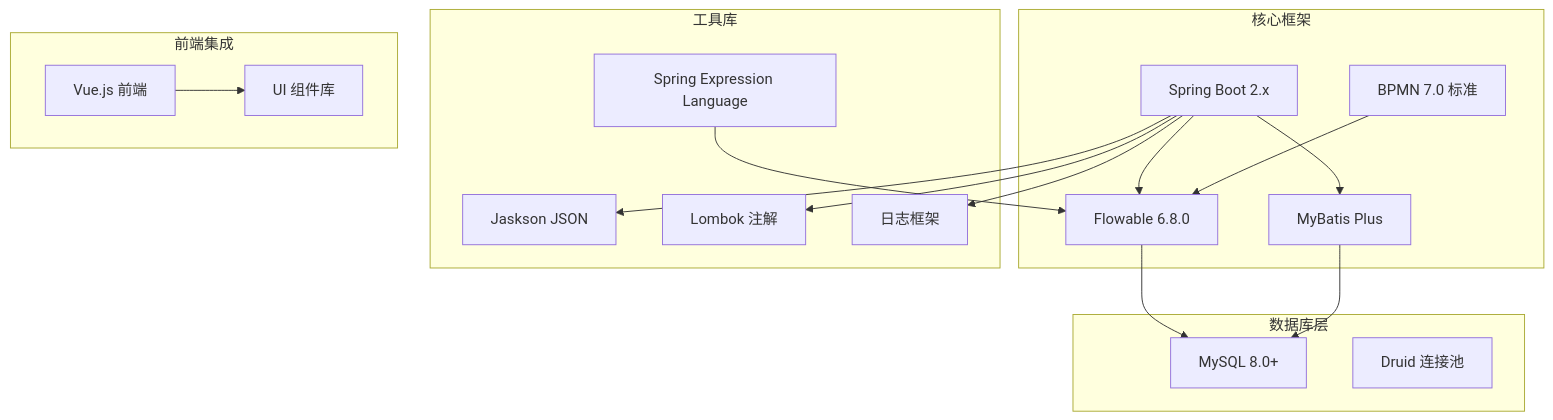
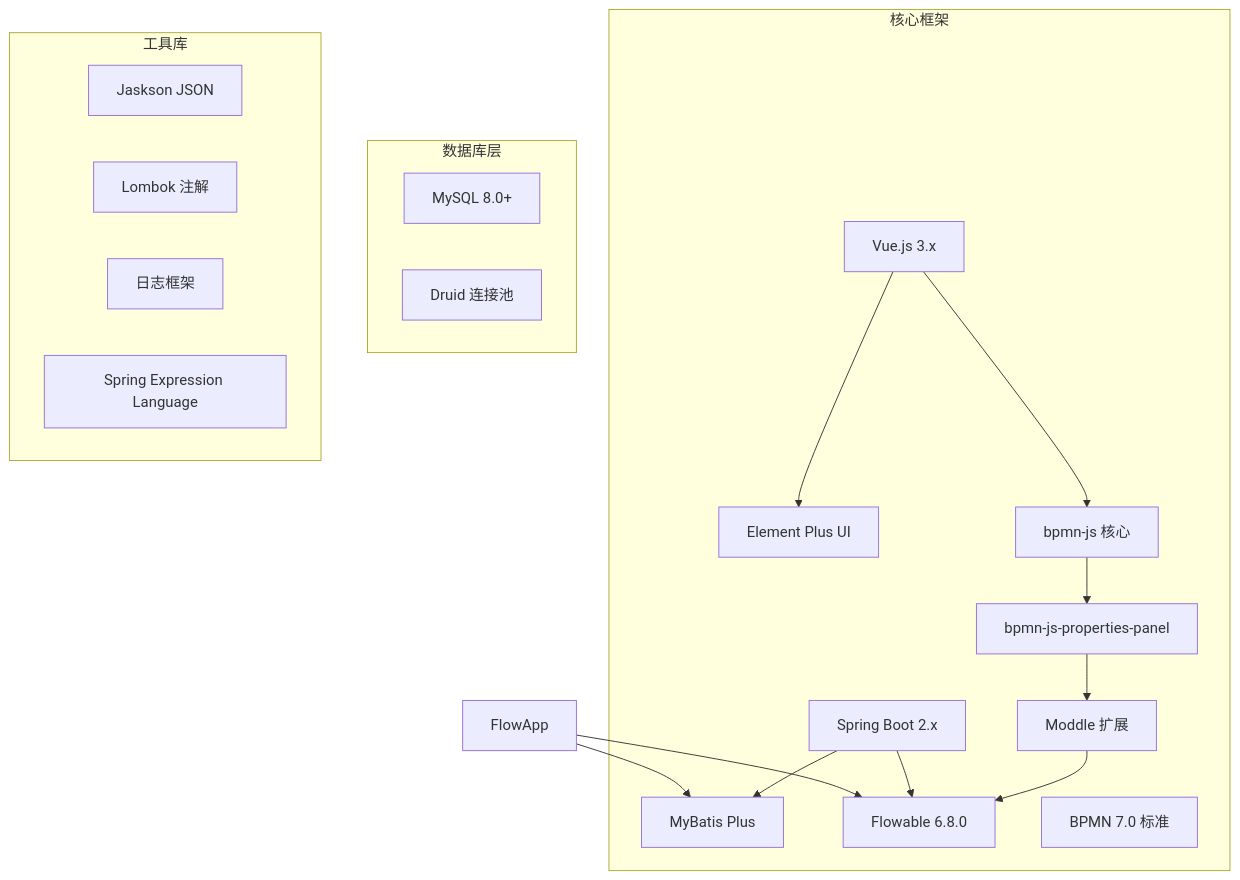
Before and after one commit to yaomindong1996/forge-admin: diagram 19 of 20 in .qoder/repowiki/zh/content/Flow 设计模块.md, drawn with Mermaid. The commit also changed other lines of this file and 76 other files, not shown here.

````diff
--- a/.qoder/repowiki/zh/content/Flow 设计模块.md
+++ b/.qoder/repowiki/zh/content/Flow 设计模块.md
@@ -794,33 +969,33 @@
 ```mermaid
 graph TB
 subgraph "核心框架"
 SpringBoot[Spring Boot 2.x]
 MyBatis[MyBatis Plus]
 Flowable[Flowable 6.8.0]
 BPMN7[BPMN 7.0 标准]
+Vue[Vue.js 3.x]
+ElementPlus[Element Plus UI]
+bpmn-js[bpmn-js 核心]
+properties-panel[bpmn-js-properties-panel]
+moddle[Moddle 扩展]
 end
 subgraph "数据库层"
 MySQL[MySQL 8.0+]
 Druid[Druid 连接池]
 end
 subgraph "工具库"
 Jackson[Jaskson JSON]
 Lombok[Lombok 注解]
 SLF4J[日志框架]
 SpEL[Spring Expression Language]
 end
-subgraph "前端集成"
-Vue[Vue.js 前端]
-ElementPlus[UI 组件库]
-end
+FlowApp --> Flowable
+FlowApp --> MyBatis
 SpringBoot --> Flowable
 SpringBoot --> MyBatis
-SpringBoot --> Jackson
-SpringBoot --> Lombok
-SpringBoot --> SLF4J
-Flowable --> MySQL
-MyBatis --> MySQL
 Vue --> ElementPlus
-BPMN7 --> Flowable
-SpEL --> Flowable
+Vue --> bpmn-js
+bpmn-js --> properties-panel
+properties-panel --> moddle
+moddle --> Flowable
 ```
````
